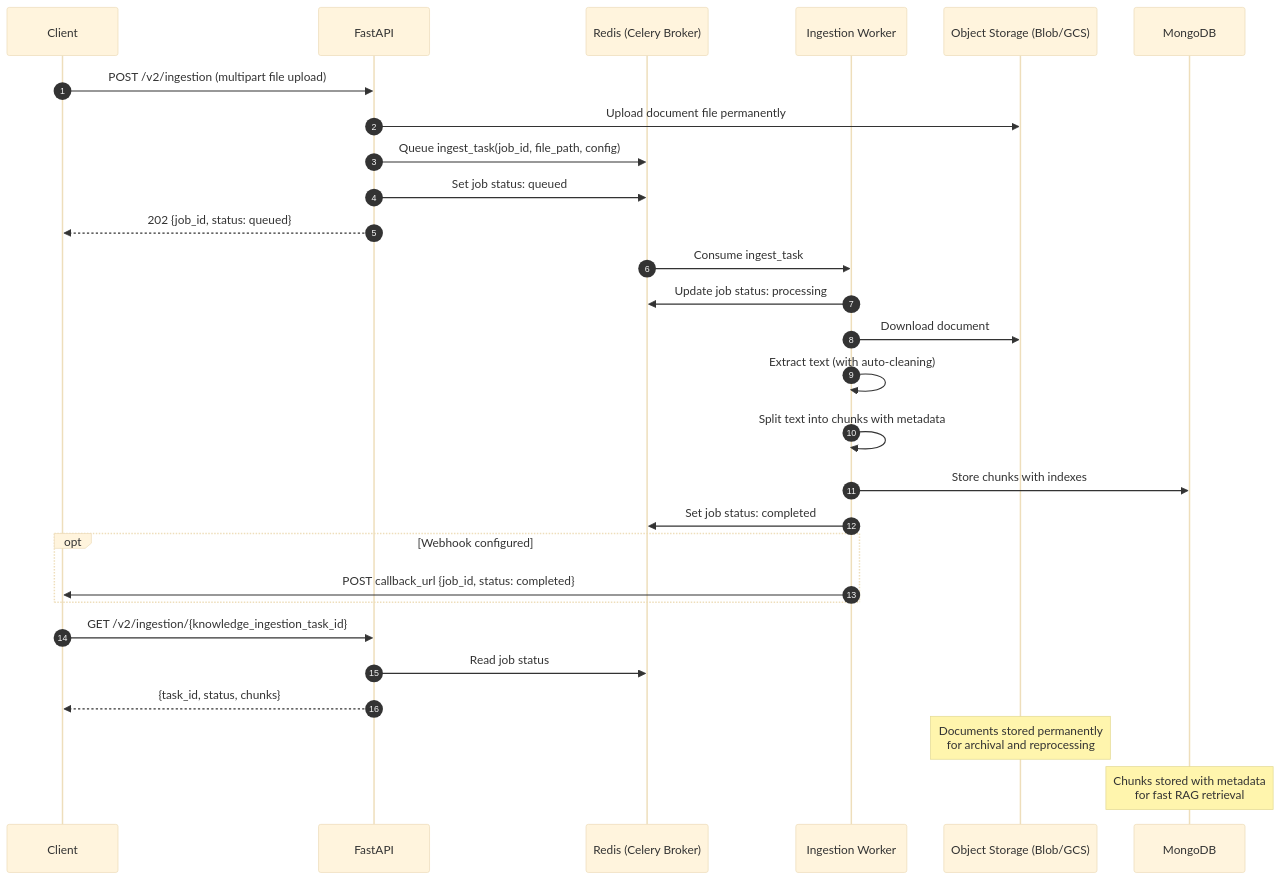
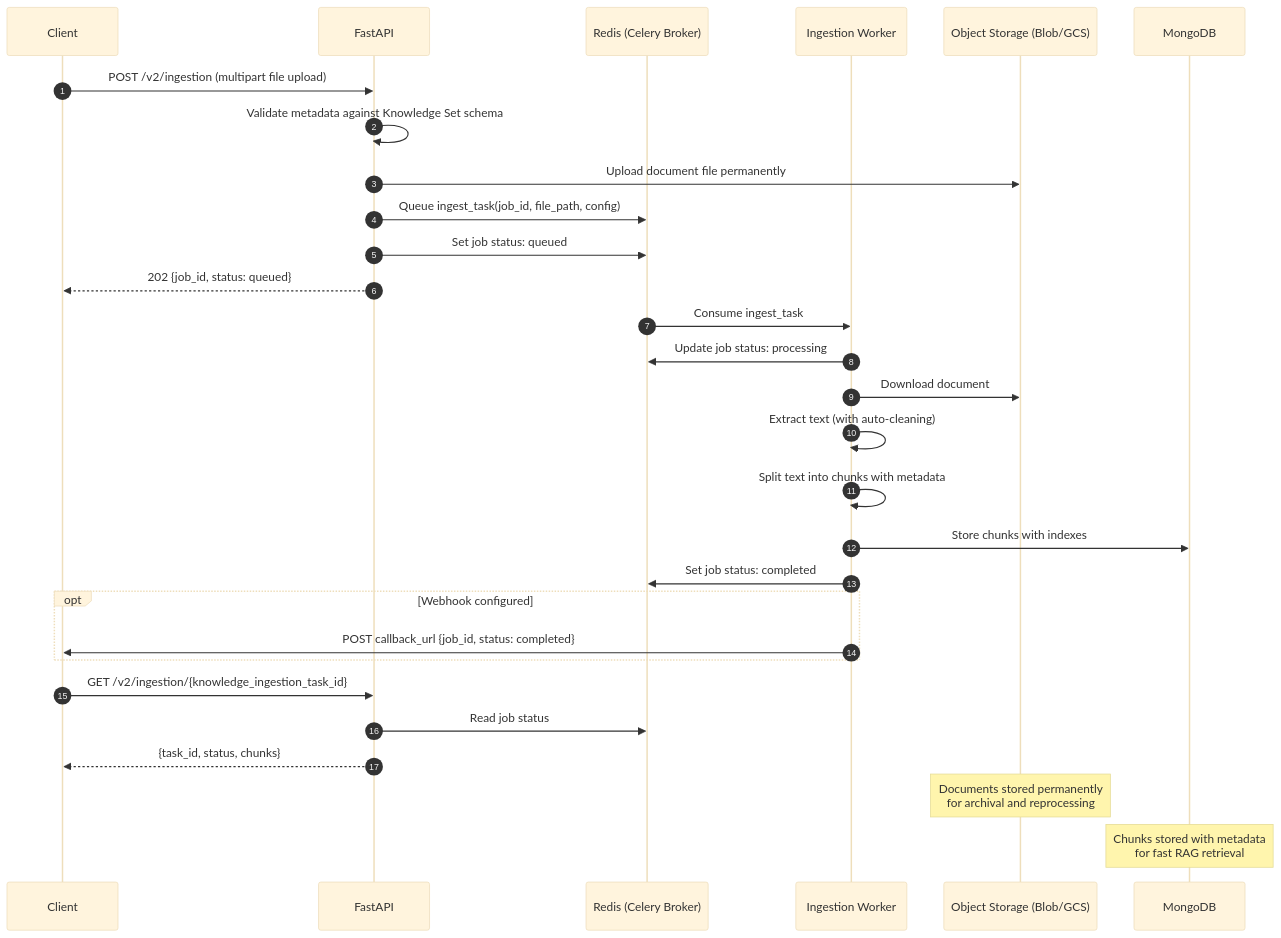
One commit to hmunjuluri05/rag-ingestion-api changed the second of 2 diagrams in docs/DESIGN.md. Above: the diagram before and after it, drawn with Mermaid (base theme). The commit also changed other lines of this file and 1 other file, not shown here.

````diff
--- a/docs/DESIGN.md
+++ b/docs/DESIGN.md
@@ -130,35 +131,36 @@
 ```mermaid
 sequenceDiagram
     autonumber
     participant Client
     participant API as FastAPI
     participant Redis as Redis (Celery Broker)
     participant Worker as Ingestion Worker
     participant BlobStorage as Object Storage (Blob/GCS)
     participant MongoDB as MongoDB
 
     Client->>API: POST /v2/ingestion (multipart file upload)
+    API->>API: Validate metadata against Knowledge Set schema
     API->>BlobStorage: Upload document file permanently
     API->>Redis: Queue ingest_task(job_id, file_path, config)
     API->>Redis: Set job status: queued
     API-->>Client: 202 {job_id, status: queued}
 
     Redis->>Worker: Consume ingest_task
     Worker->>Redis: Update job status: processing
     Worker->>BlobStorage: Download document
     Worker->>Worker: Extract text (with auto-cleaning)
     Worker->>Worker: Split text into chunks with metadata
     Worker->>MongoDB: Store chunks with indexes
     Worker->>Redis: Set job status: completed
 
     opt Webhook configured
         Worker->>Client: POST callback_url {job_id, status: completed}
     end
 
     Client->>API: GET /v2/ingestion/{knowledge_ingestion_task_id}
     API->>Redis: Read job status
     API-->>Client: {task_id, status, chunks}
 
     Note over BlobStorage: Documents stored permanently<br/>for archival and reprocessing
     Note over MongoDB: Chunks stored with metadata<br/>for fast RAG retrieval
 ```
````
